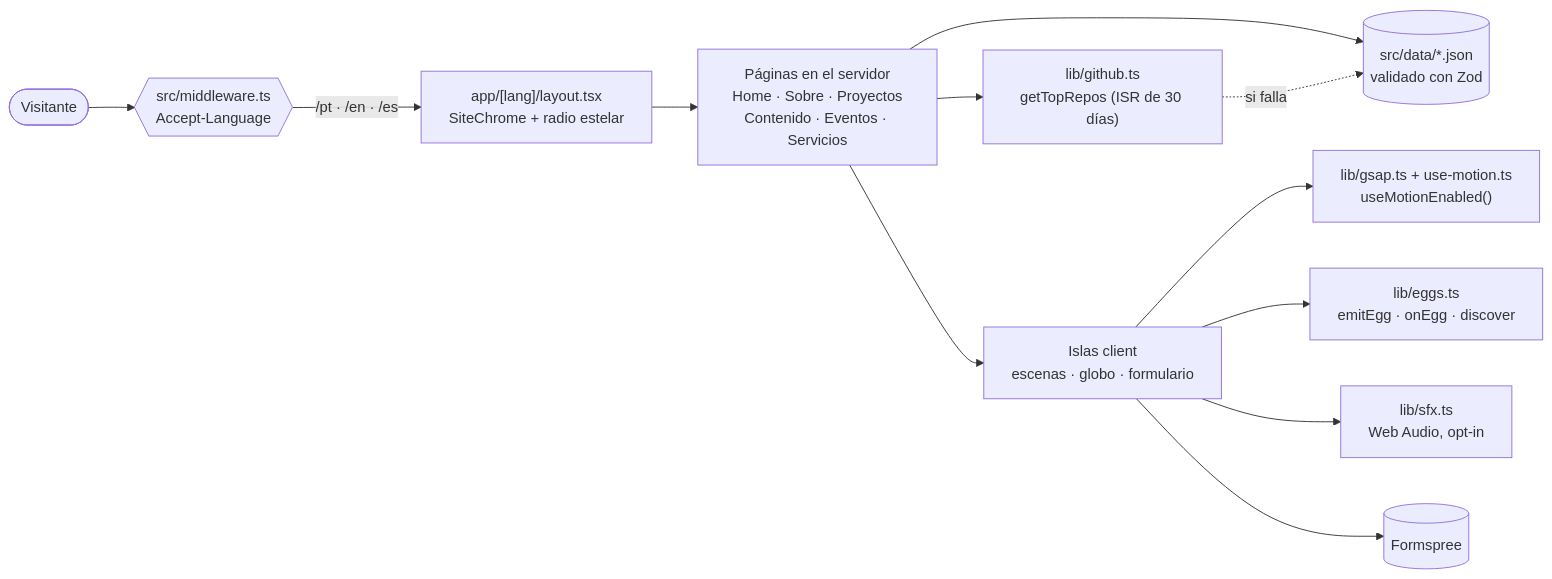
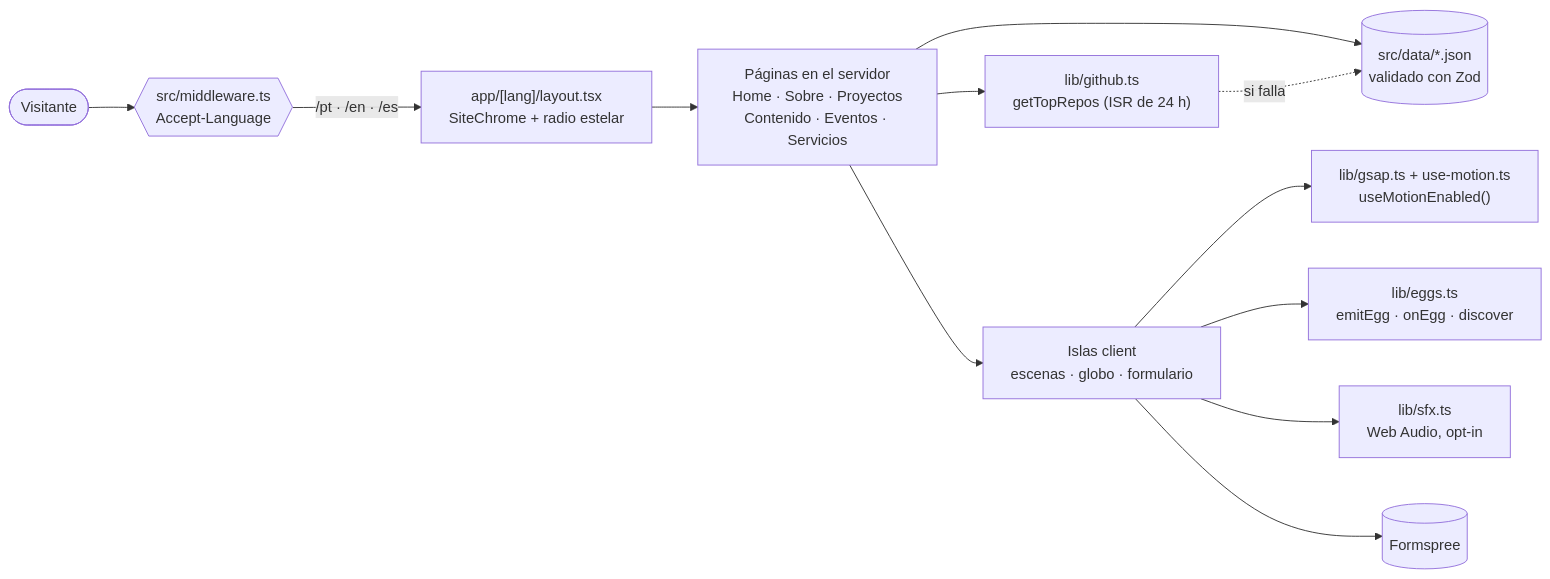
One commit to glaucia86/glaucialemos.dev changed the diagram in README.es.md. Above: the diagram before and after it, drawn with Mermaid. The commit also changed other lines of this file and 107 other files, not shown here.

````diff
--- a/README.es.md
+++ b/README.es.md
@@ -155,14 +155,14 @@
 ```mermaid
 flowchart LR
     V([Visitante]) --> M{{src/middleware.ts<br/>Accept-Language}}
     M -->|/pt · /en · /es| L["app/[lang]/layout.tsx<br/>SiteChrome + radio estelar"]
     L --> P["Páginas en el servidor<br/>Home · Sobre · Proyectos<br/>Contenido · Eventos · Servicios"]
     P --> D[("src/data/*.json<br/>validado con Zod")]
-    P --> G["lib/github.ts<br/>getTopRepos (ISR de 30 días)"]
+    P --> G["lib/github.ts<br/>getTopRepos (ISR de 24 h)"]
     G -.si falla.-> D
     P --> C["Islas client<br/>escenas · globo · formulario"]
     C --> MO["lib/gsap.ts + use-motion.ts<br/>useMotionEnabled()"]
     C --> E["lib/eggs.ts<br/>emitEgg · onEgg · discover"]
     C --> S["lib/sfx.ts<br/>Web Audio, opt-in"]
     C --> F[(Formspree)]
 ```
````
